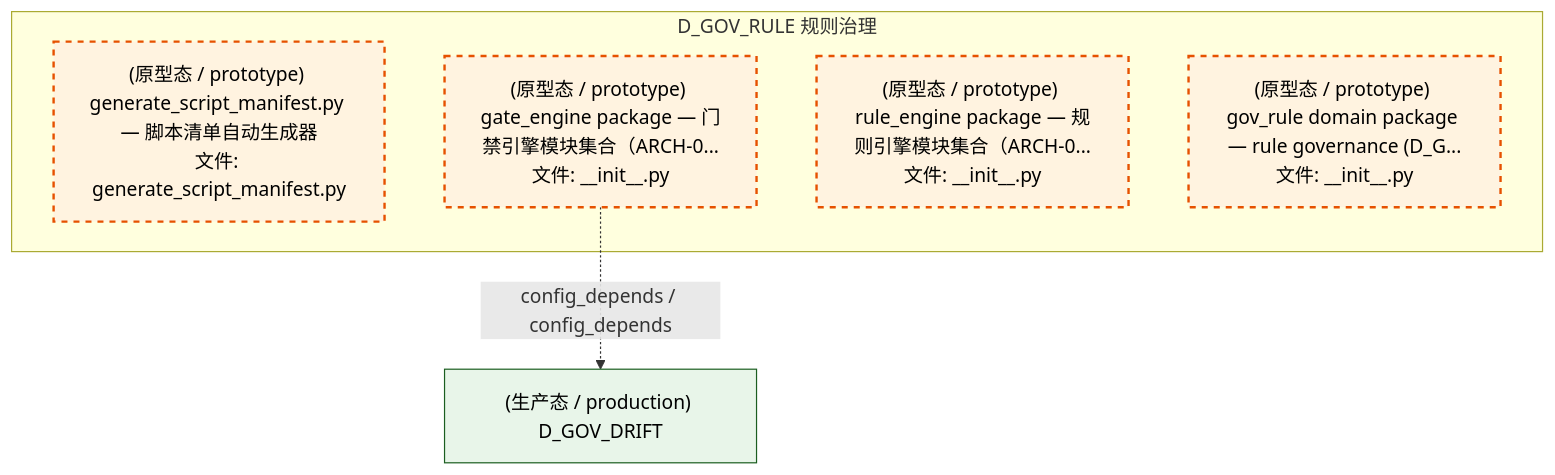
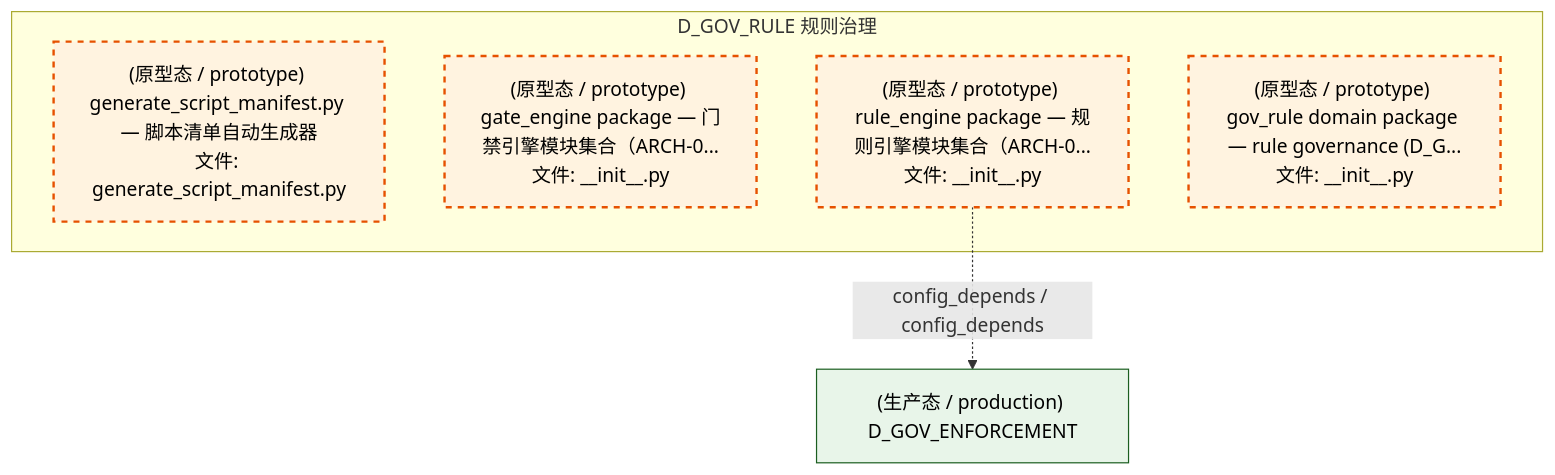
Before and after one commit to xuanFelixVan/ZephyrAlpha: the fourth of 5 diagrams in docs/02_enterprise_architecture/02_domain_architecture_docs/45_d_gov_rule.md, drawn with Mermaid. The commit also changed other lines of this file and 126 other files, not shown here.

````diff
--- a/docs/02_enterprise_architecture/02_domain_architecture_docs/45_d_gov_rule.md
+++ b/docs/02_enterprise_architecture/02_domain_architecture_docs/45_d_gov_rule.md
@@ -348,17 +348,17 @@
 ```mermaid
 graph TD
     subgraph D_GOV_RULE["D_GOV_RULE 规则治理"]
         scripts_governance_generators_generate_script_manifest_py["(原型态 / prototype) generate_script_manifest.py — 脚本清单自动生成器<br/>文件: generate_script_manifest.py"]
         src_zephyr_gov_enforcement_rule_enforcement_gate_engine_init_py["(原型态 / prototype) gate_engine package — 门禁引擎模块集合（ARCH-0...<br/>文件: __init__.py"]
         src_zephyr_gov_enforcement_rule_enforcement_rule_engine_init_py["(原型态 / prototype) rule_engine package — 规则引擎模块集合（ARCH-0...<br/>文件: __init__.py"]
         src_zephyr_gov_rule_init_py["(原型态 / prototype) gov_rule domain package — rule governance (D_G...<br/>文件: __init__.py"]
     end
-    D_GOV_DRIFT["(生产态 / production) D_GOV_DRIFT"]
-    src_zephyr_gov_enforcement_rule_enforcement_gate_engine_init_py -.->|config_depends / config_depends| D_GOV_DRIFT
+    D_GOV_ENFORCEMENT["(生产态 / production) D_GOV_ENFORCEMENT"]
+    src_zephyr_gov_enforcement_rule_enforcement_rule_engine_init_py -.->|config_depends / config_depends| D_GOV_ENFORCEMENT
     classDef production fill:#e1f5fe,stroke:#01579b,stroke-width:2px,color:#000
     classDef design fill:#fff3e0,stroke:#e65100,stroke-width:2px,color:#000,stroke-dasharray: 5 5
     classDef external_prod fill:#e8f5e9,stroke:#1b5e20,stroke-width:1px,color:#000
     classDef external_design fill:#fce4ec,stroke:#880e4f,stroke-width:1px,color:#000,stroke-dasharray: 5 5
     class scripts_governance_generators_generate_script_manifest_py,src_zephyr_gov_enforcement_rule_enforcement_gate_engine_init_py,src_zephyr_gov_enforcement_rule_enforcement_rule_engine_init_py,src_zephyr_gov_rule_init_py design
-    class D_GOV_DRIFT external_prod
+    class D_GOV_ENFORCEMENT external_prod
 ```
````
